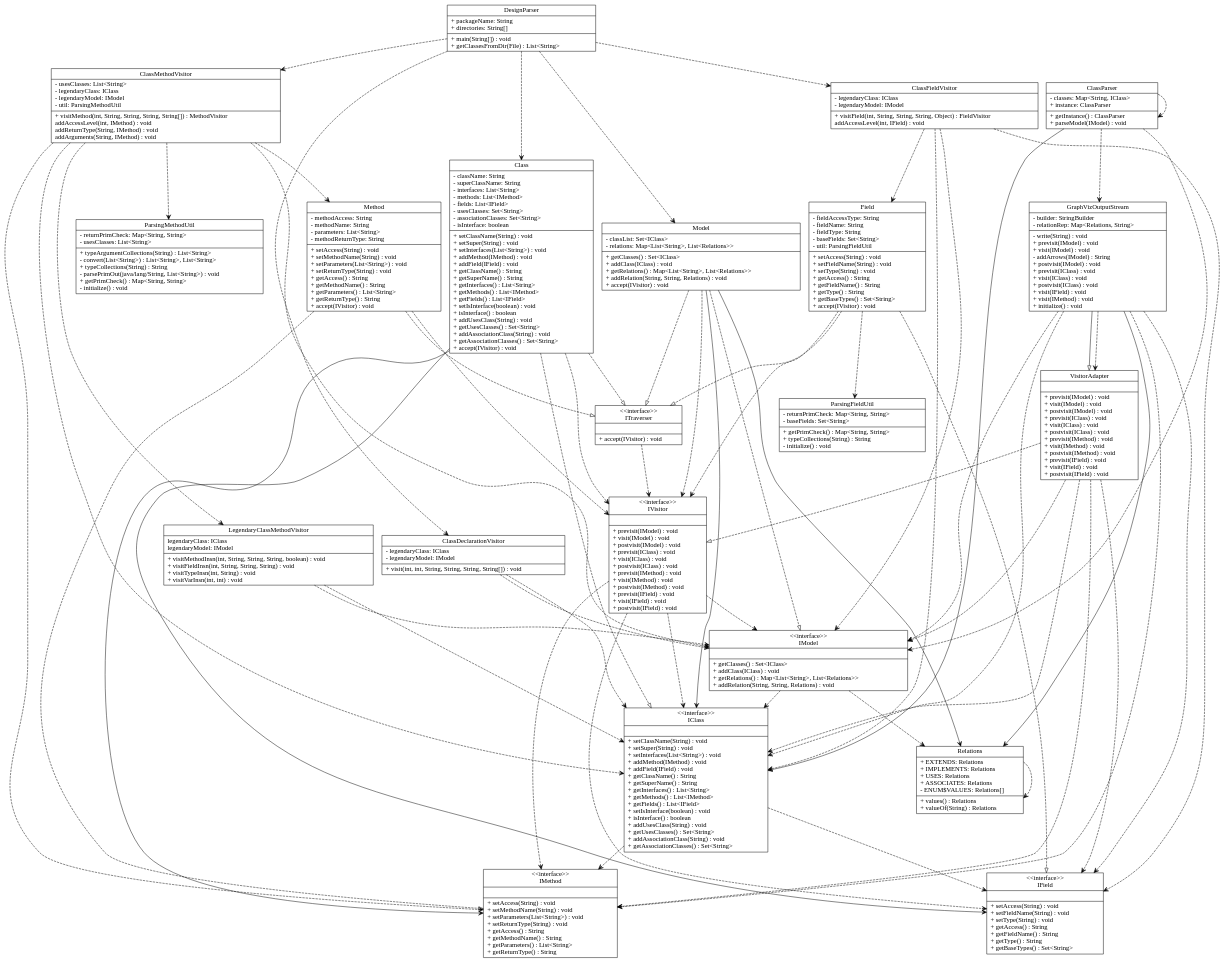
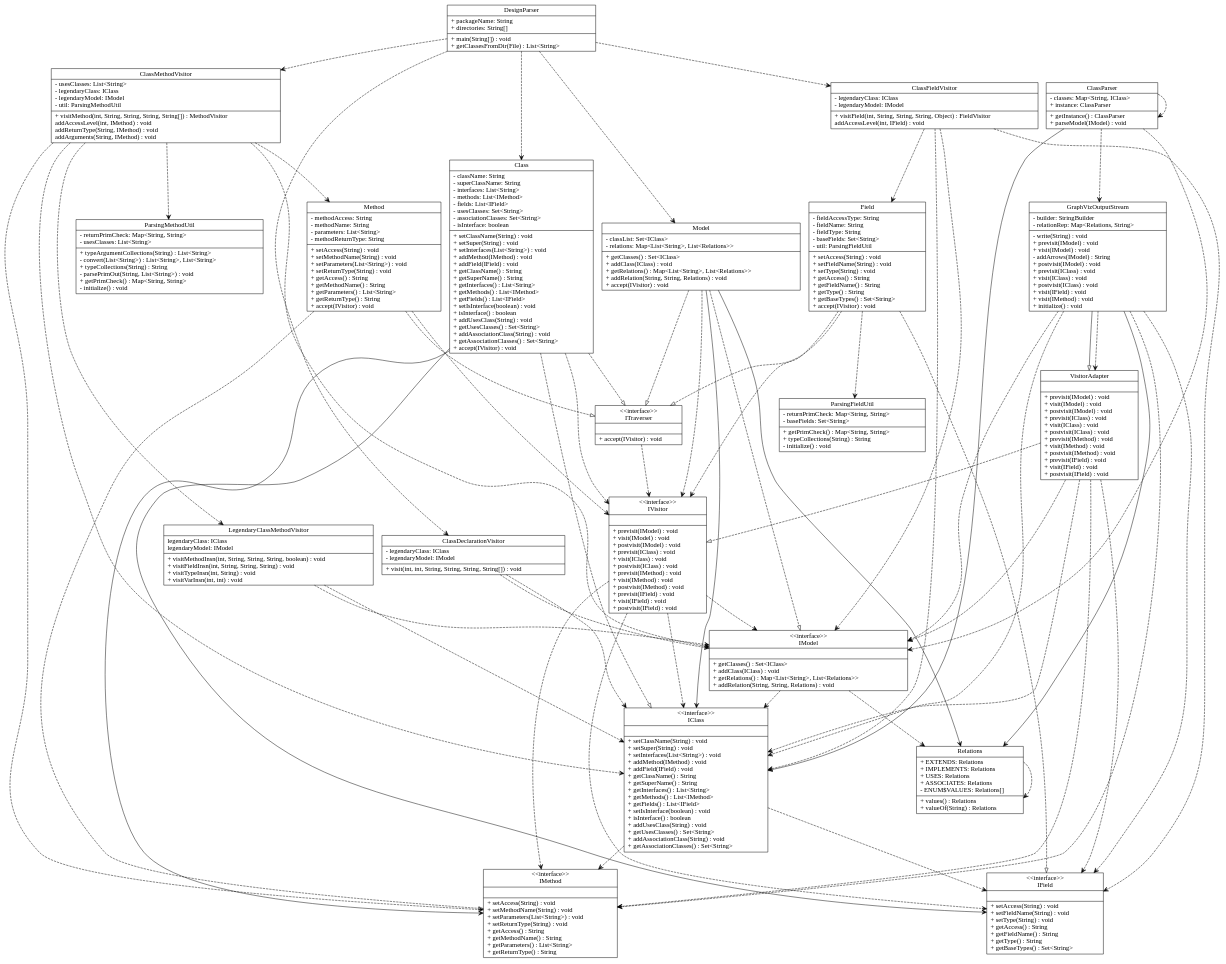
Before and after one commit to pastorsj/LegendaryPatterns: the diagram in input_output/text.dot, drawn with Graphviz. The commit also changed 2 other files, not shown here.

Commit message:
Didn't bug out, but coulda bugged out

```diff
--- a/input_output/text.dot
+++ b/input_output/text.dot
@@ -94,7 +94,7 @@
 	+ typeArgumentCollections(String) : List\<String\>\l
 	- convert(List\<String\>) : List\<String\>, List\<String\>\l
 	+ typeCollections(String) : String\l
-	- parsePrimOut(java/lang/String, List\<String\>) : void\l
+	- parsePrimOut(String, List\<String\>) : void\l
 	+ getPrimCheck() : Map\<String, String\>\l
 	- initialize() : void\l
 	}"
```
